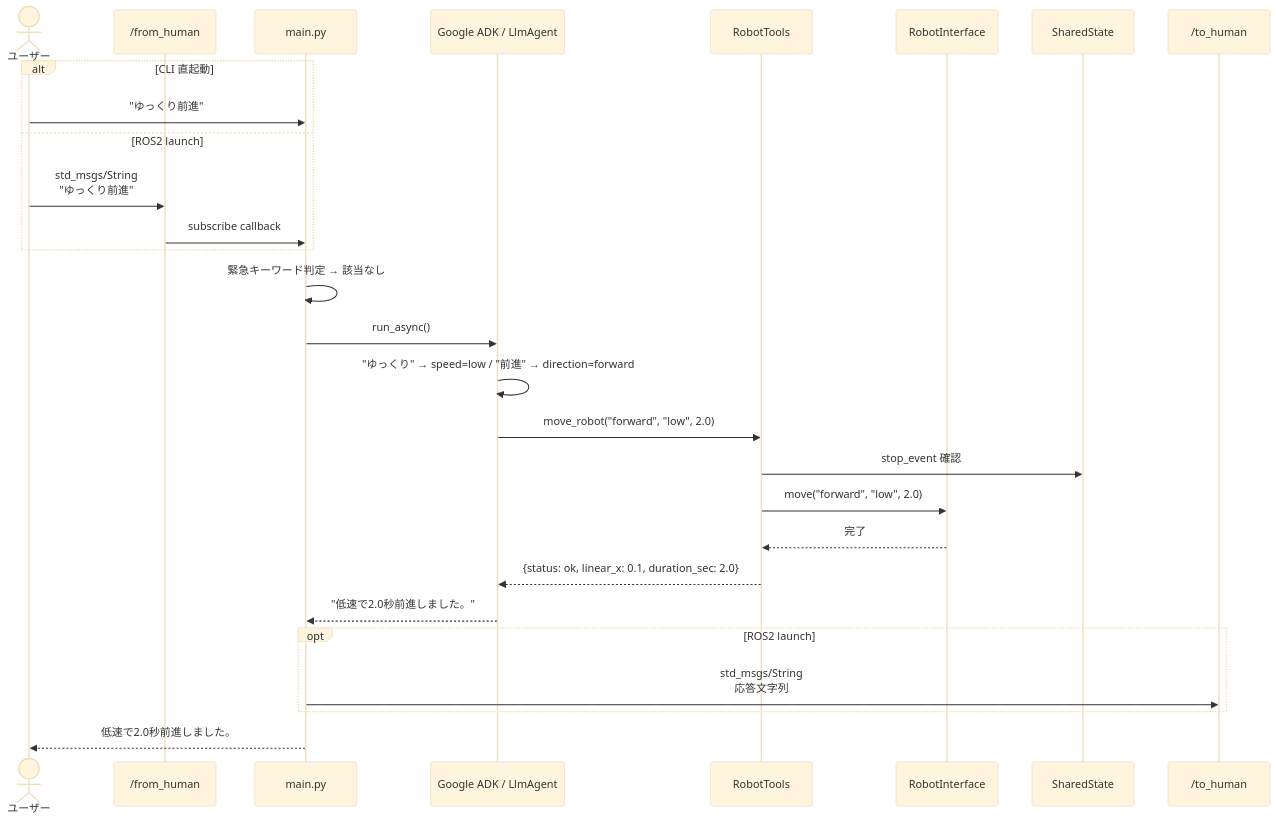
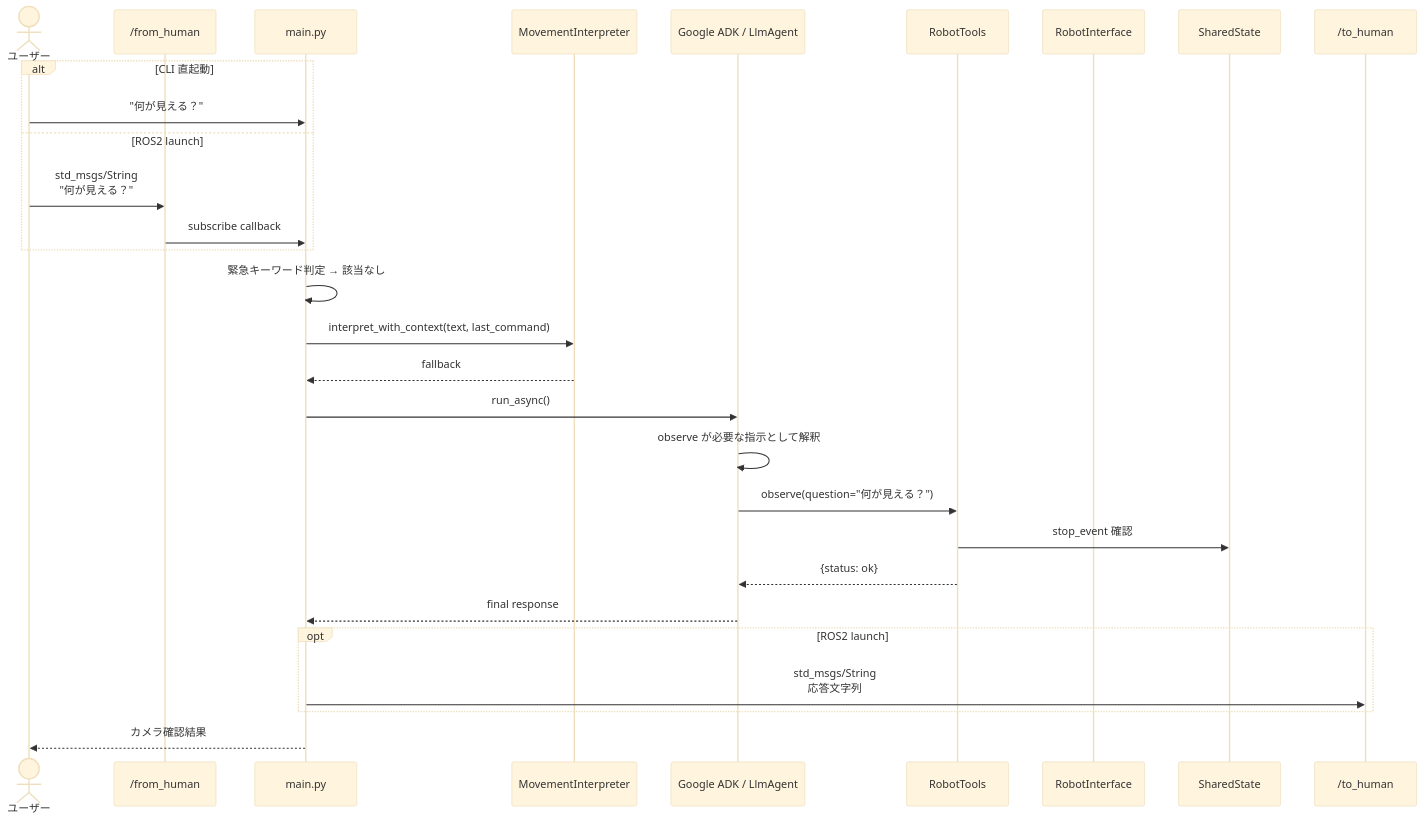
One commit to sato-susumu/susumu_agent changed the fifth of 11 diagrams in docs/Design.md. Above: the diagram before and after it, drawn with Mermaid (base theme). The commit also changed other lines of this file and 13 other files, not shown here.

Commit message:
Add direct movement expression interpreter

````diff
--- a/docs/Design.md
+++ b/docs/Design.md
@@ -375,31 +412,32 @@
 ```mermaid
 sequenceDiagram
     actor User as ユーザー
     participant FromHuman as /from_human
     participant Main as main.py
+    participant Interpreter as MovementInterpreter
     participant ADK as Google ADK / LlmAgent
     participant Tool as RobotTools
     participant Robot as RobotInterface
     participant State as SharedState
     participant ToHuman as /to_human
 
     alt CLI 直起動
-        User->>Main: "ゆっくり前進"
+        User->>Main: "何が見える？"
     else ROS2 launch
-        User->>FromHuman: std_msgs/String<br/>"ゆっくり前進"
+        User->>FromHuman: std_msgs/String<br/>"何が見える？"
         FromHuman->>Main: subscribe callback
     end
     Main->>Main: 緊急キーワード判定 → 該当なし
+    Main->>Interpreter: interpret_with_context(text, last_command)
+    Interpreter-->>Main: fallback
     Main->>ADK: run_async()
-    ADK->>ADK: "ゆっくり" → speed=low / "前進" → direction=forward
-    ADK->>Tool: move_robot("forward", "low", 2.0)
+    ADK->>ADK: observe が必要な指示として解釈
+    ADK->>Tool: observe(question="何が見える？")
     Tool->>State: stop_event 確認
-    Tool->>Robot: move("forward", "low", 2.0)
-    Robot-->>Tool: 完了
-    Tool-->>ADK: {status: ok, linear_x: 0.1, duration_sec: 2.0}
-    ADK-->>Main: "低速で2.0秒前進しました。"
+    Tool-->>ADK: {status: ok}
+    ADK-->>Main: final response
     opt ROS2 launch
         Main->>ToHuman: std_msgs/String<br/>応答文字列
     end
-    Main-->>User: 低速で2.0秒前進しました。
+    Main-->>User: カメラ確認結果
 ```
````
